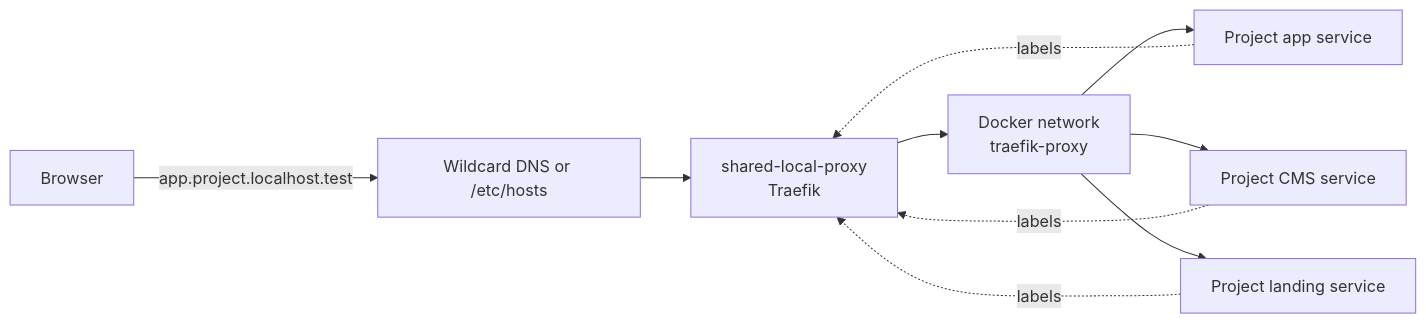
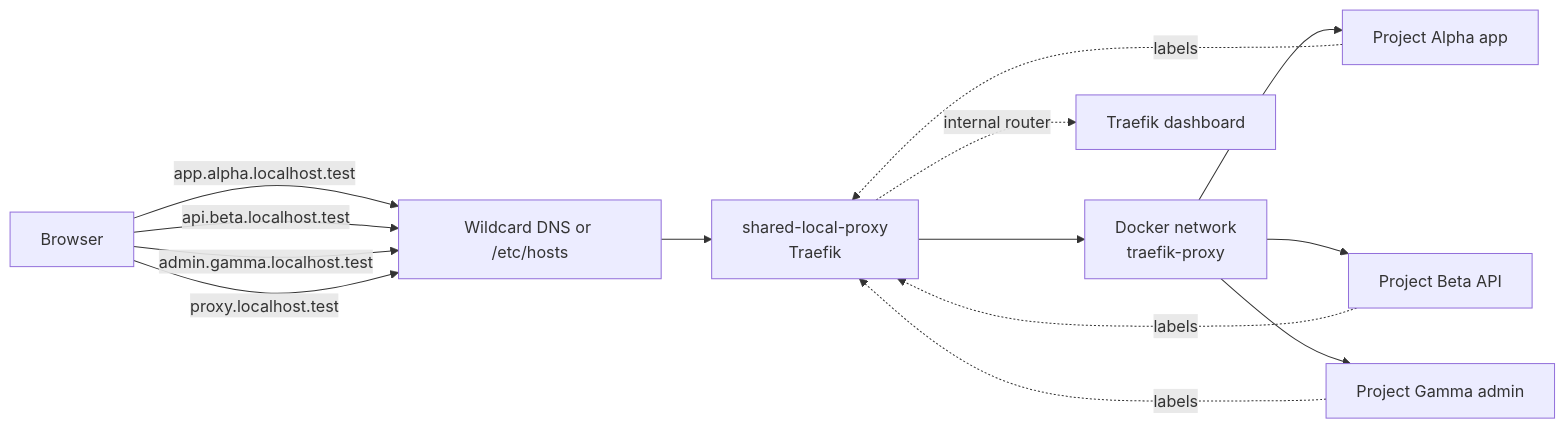
One commit to opkod-france/local-proxy changed the diagram in README.md. Above: the diagram before and after it, drawn with Mermaid. The commit also changed other lines of this file and 1 other file, not shown here.

Commit message:
feat: expose dashboard via local domain

````diff
--- a/README.md
+++ b/README.md
@@ -19,19 +40,23 @@
 ```mermaid
 flowchart LR
     Browser[Browser]
     DNS[Wildcard DNS or /etc/hosts]
     Proxy[shared-local-proxy<br/>Traefik]
     Network[Docker network<br/>traefik-proxy]
 
-    Browser -->|app.project.localhost.test| DNS
+    Browser -->|app.alpha.localhost.test| DNS
+    Browser -->|api.beta.localhost.test| DNS
+    Browser -->|admin.gamma.localhost.test| DNS
+    Browser -->|proxy.localhost.test| DNS
     DNS --> Proxy
     Proxy --> Network
 
-    Network --> App[Project app service]
-    Network --> CMS[Project CMS service]
-    Network --> Landing[Project landing service]
+    Network --> Alpha[Project Alpha app]
+    Network --> Beta[Project Beta API]
+    Network --> Gamma[Project Gamma admin]
 
-    App -. labels .-> Proxy
-    CMS -. labels .-> Proxy
-    Landing -. labels .-> Proxy
+    Alpha -. labels .-> Proxy
+    Beta -. labels .-> Proxy
+    Gamma -. labels .-> Proxy
+    Proxy -. internal router .-> Dashboard[Traefik dashboard]
 ```
````
